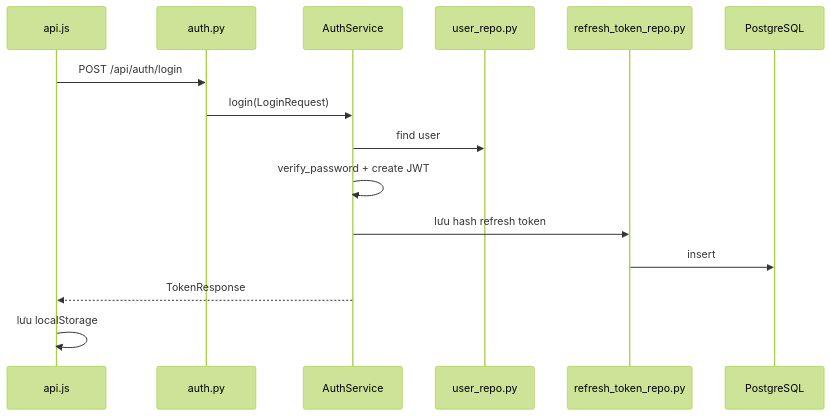
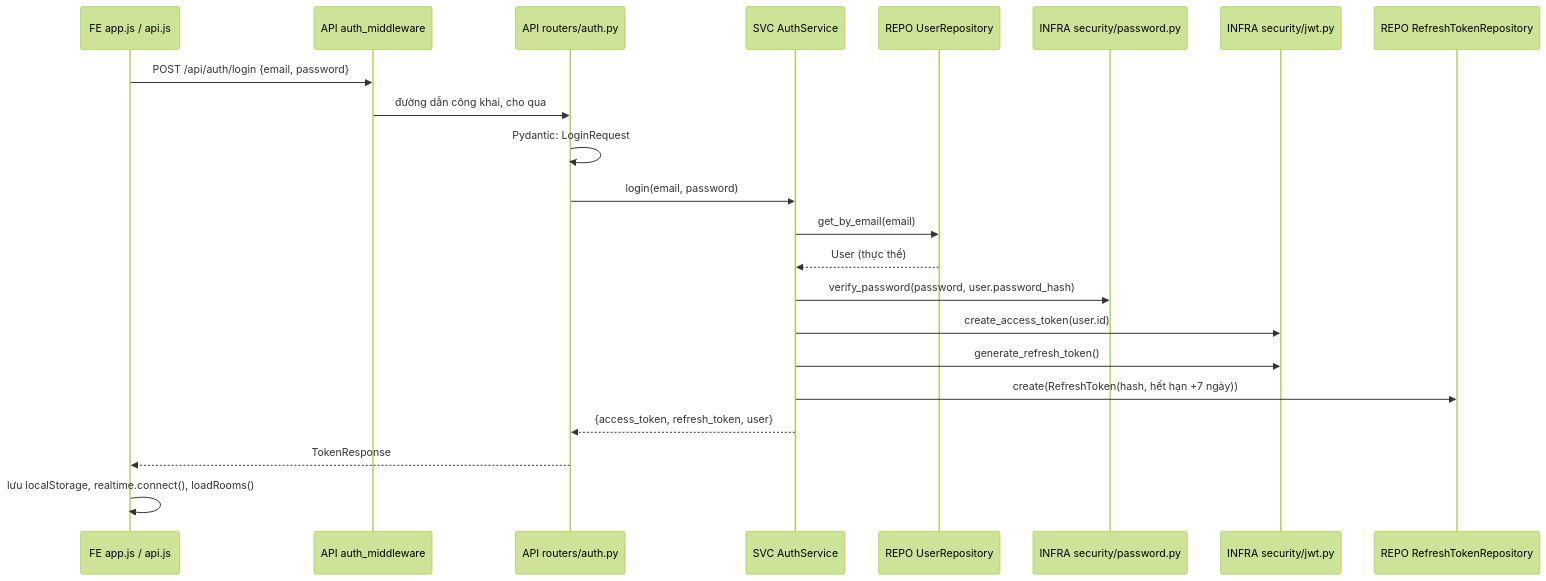
Before and after one commit to Dungx1107/team-chat: the first of 8 diagrams in docs/14-code-flow.md, drawn with Mermaid (forest theme). The commit also changed other lines of this file and 16 other files, not shown here.

First line of the commit message:
docs: viết lại chi tiết kiến trúc, thực thể, database, tính năng và luồng hoạt động

````diff
--- a/docs/14-code-flow.md
+++ b/docs/14-code-flow.md
@@ -5,17 +20,24 @@
 ```mermaid
 sequenceDiagram
-    participant F as api.js
-    participant R as auth.py
-    participant S as AuthService
-    participant U as user_repo.py
-    participant T as refresh_token_repo.py
-    participant DB as PostgreSQL
-    F->>R: POST /api/auth/login
-    R->>S: login(LoginRequest)
-    S->>U: find user
-    S->>S: verify_password + create JWT
-    S->>T: lưu hash refresh token
-    T->>DB: insert
-    S-->>F: TokenResponse
-    F->>F: lưu localStorage
+    participant FE as FE app.js / api.js
+    participant MW as API auth_middleware
+    participant R as API routers/auth.py
+    participant S as SVC AuthService
+    participant U as REPO UserRepository
+    participant PW as INFRA security/password.py
+    participant JWT as INFRA security/jwt.py
+    participant RT as REPO RefreshTokenRepository
+    FE->>MW: POST /api/auth/login {email, password}
+    MW->>R: đường dẫn công khai, cho qua
+    R->>R: Pydantic: LoginRequest
+    R->>S: login(email, password)
+    S->>U: get_by_email(email)
+    U-->>S: User (thực thể)
+    S->>PW: verify_password(password, user.password_hash)
+    S->>JWT: create_access_token(user.id)
+    S->>JWT: generate_refresh_token()
+    S->>RT: create(RefreshToken(hash, hết hạn +7 ngày))
+    S-->>R: {access_token, refresh_token, user}
+    R-->>FE: TokenResponse
+    FE->>FE: lưu localStorage, realtime.connect(), loadRooms()
 ```
````
